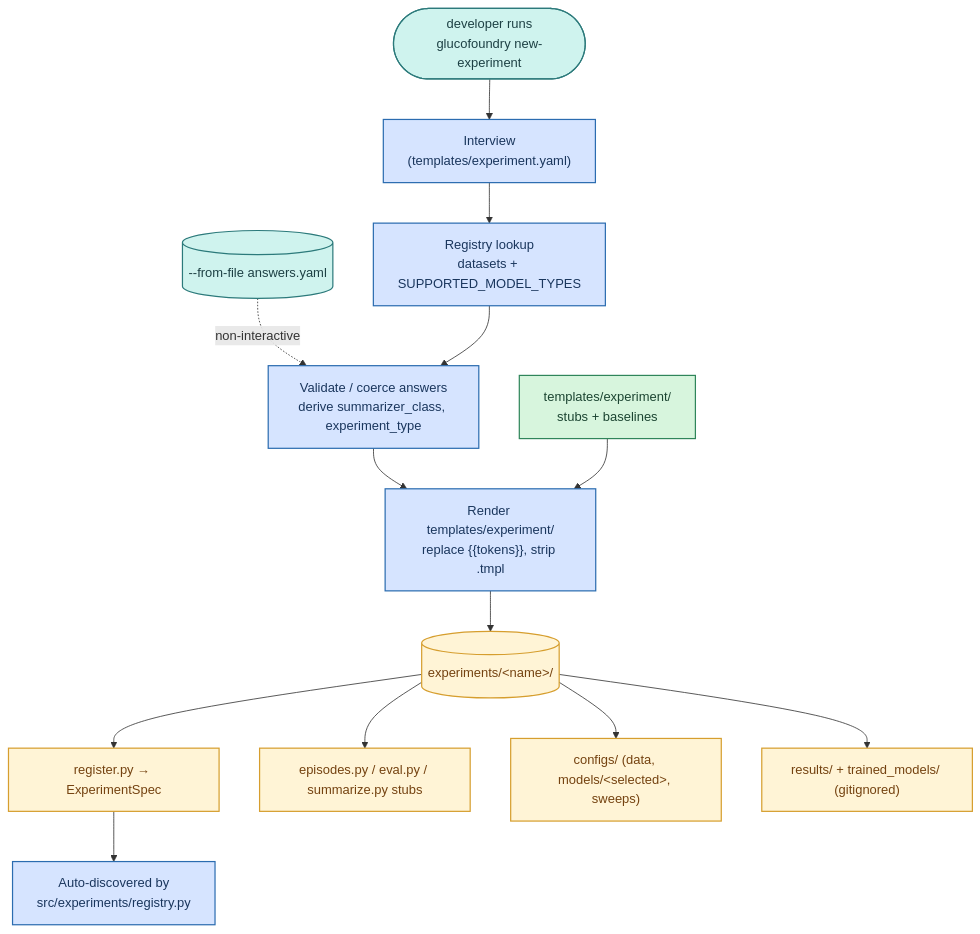
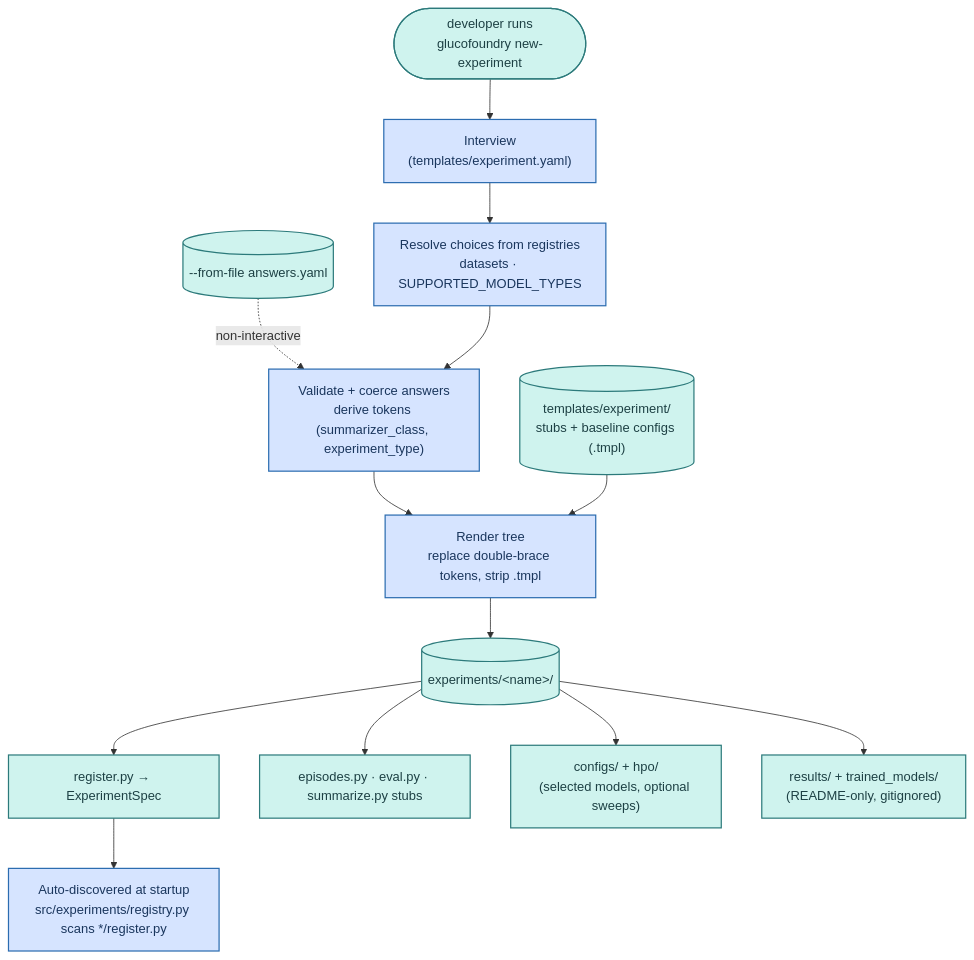
Before and after one commit to Blood-Glucose-Control/GlucoFoundry: the diagram in agent_notes/diagrams/scaffolder_workflow.mmd, drawn with Mermaid. The commit also changed 7 other files, not shown here.

````diff
--- a/agent_notes/diagrams/scaffolder_workflow.mmd
+++ b/agent_notes/diagrams/scaffolder_workflow.mmd
@@ -1,30 +1,29 @@
-%% glucofoundry new-experiment — scaffolder workflow (Phase 4).
+%% GlucoFoundry new-experiment — scaffolder workflow.
+%% Palette/legend documented in docs/architecture/workflows.md (the published home).
 %% Render: GitHub renders ```mermaid blocks natively; or `mmdc -i scaffolder_workflow.mmd -o scaffolder_workflow.png`.
 flowchart TD
     classDef io fill:#CFF3EE,stroke:#2C7A7B,color:#1D4044,stroke-width:1.5px;
     classDef core fill:#D6E4FF,stroke:#2B6CB0,color:#1A365D,stroke-width:1.5px;
-    classDef tmpl fill:#D7F5DD,stroke:#2F855A,color:#1C4532,stroke-width:1.5px;
-    classDef out fill:#FFF4D6,stroke:#D69E2E,color:#744210,stroke-width:1.5px;
 
     U(["developer runs<br/>glucofoundry new-experiment"]):::io
     Q["Interview<br/>(templates/experiment.yaml)"]:::core
     F[("--from-file answers.yaml")]:::io
-    REG["Registry lookup<br/>datasets + SUPPORTED_MODEL_TYPES"]:::core
-    V["Validate / coerce answers<br/>derive summarizer_class, experiment_type"]:::core
-    R["Render templates/experiment/<br/>replace {{tokens}}, strip .tmpl"]:::core
-    T["templates/experiment/<br/>stubs + baselines"]:::tmpl
+    REG["Resolve choices from registries<br/>datasets · SUPPORTED_MODEL_TYPES"]:::core
+    V["Validate + coerce answers<br/>derive tokens (summarizer_class, experiment_type)"]:::core
+    T[("templates/experiment/<br/>stubs + baseline configs (.tmpl)")]:::io
+    R["Render tree<br/>replace double-brace tokens, strip .tmpl"]:::core
 
-    E[("experiments/&lt;name&gt;/")]:::out
-    E1["register.py → ExperimentSpec"]:::out
-    E2["episodes.py / eval.py / summarize.py stubs"]:::out
-    E3["configs/ (data, models/&lt;selected&gt;, sweeps)"]:::out
-    E4["results/ + trained_models/ (gitignored)"]:::out
-    DISC["Auto-discovered by<br/>src/experiments/registry.py"]:::core
+    E[("experiments/&lt;name&gt;/")]:::io
+    E1["register.py → ExperimentSpec"]:::io
+    E2["episodes.py · eval.py · summarize.py stubs"]:::io
+    E3["configs/ + hpo/<br/>(selected models, optional sweeps)"]:::io
+    E4["results/ + trained_models/<br/>(README-only, gitignored)"]:::io
+    DISC["Auto-discovered at startup<br/>src/experiments/registry.py scans */register.py"]:::core
 
     U --> Q
     F -. non-interactive .-> V
     Q --> REG --> V --> R
     T --> R
     R --> E
     E --> E1 & E2 & E3 & E4
     E1 --> DISC
````
